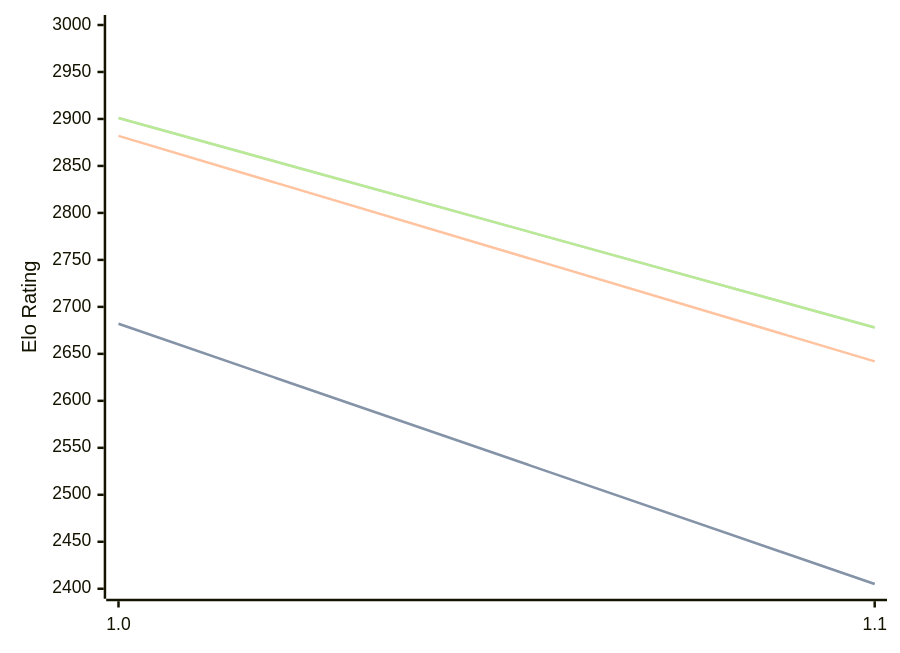
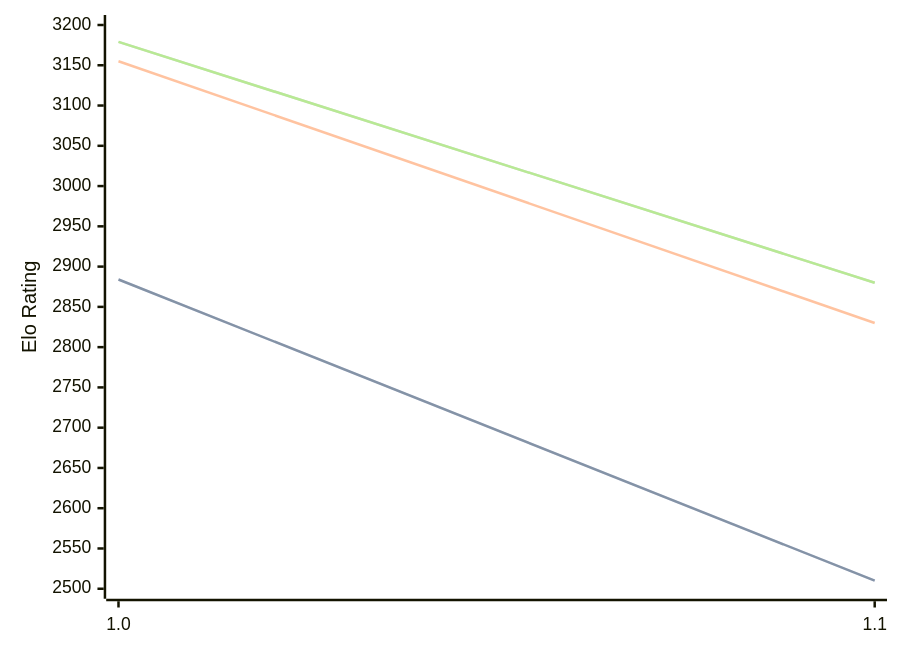
One commit to computer-chess-index/cci changed the diagram in engines/Publius.md. Above: the diagram before and after it, drawn with Mermaid. The commit also changed other lines of this file, not shown here.

Commit message:
Update CCI Ratings (ELO VLTC) - 2026-02-24

````diff
--- a/engines/Publius.md
+++ b/engines/Publius.md
@@ -29,11 +30,11 @@
 ```mermaid
 %%{init: {"theme":"base","themeVariables":{"seriesColors:['#a3a3a3','#222221','#faa371']}}}%%
 xychart-beta
   x-axis ["1.0", "1.1"]
-  y-axis "Elo Rating" 2400 --> 3000
-  line "STC (8.0+0.08s)" [2682, 2405]
-  line "STC (8.0+0.08s)" [2682, 2405]
-  line "LTC (60.0+0.60s)" [2882, 2642]
-  line "VLTC (2m24s+1.12s)" [2901, 2678]
-  line "VLTC (2m24s+1.12s)" [2901, 2678]
+  y-axis "Elo Rating" 2500 --> 3200
+  line "STC (8.0+0.08s)" [2884, 2510]
+  line "STC (8.0+0.08s)" [2884, 2510]
+  line "LTC (60.0+0.60s)" [3155, 2830]
+  line "VLTC (2m24s+1.12s)" [3179, 2880]
+  line "VLTC (2m24s+1.12s)" [3179, 2880]
 ```
````
